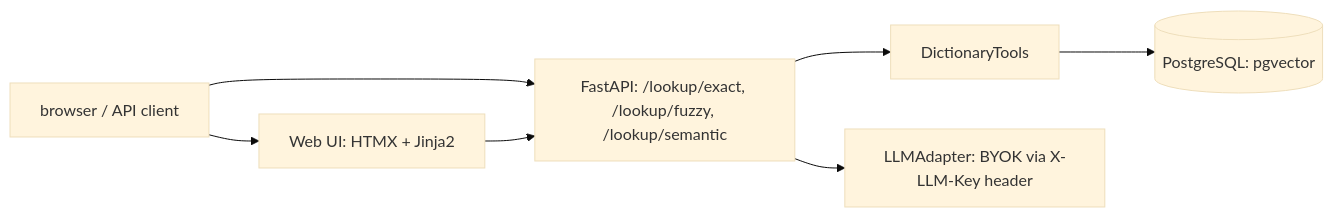
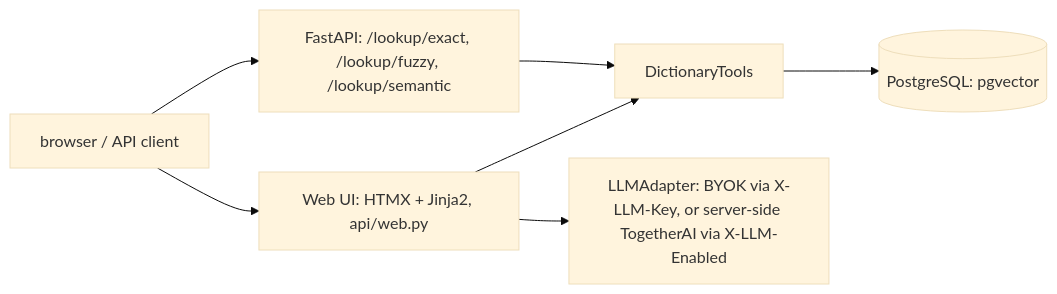
The third of 5 diagrams in docs/architecture.md (sachn1/linguaalayam), drawn with Mermaid (base theme) before and after one commit. The commit also changed other lines of this file and 7 other files, not shown here.

````diff
--- a/docs/architecture.md
+++ b/docs/architecture.md
@@ -54,9 +54,9 @@
 ```mermaid
 flowchart LR
     B[browser / API client] --> F[FastAPI: /lookup/exact, /lookup/fuzzy, /lookup/semantic]
-    B --> W[Web UI: HTMX + Jinja2]
-    F --> DT[DictionaryTools]
-    W --> F
+    B --> W[Web UI: HTMX + Jinja2, api/web.py]
+    W --> DT[DictionaryTools]
+    F --> DT
     DT --> DB[(PostgreSQL: pgvector)]
-    F --> L[LLMAdapter: BYOK via X-LLM-Key header]
+    W --> L[LLMAdapter: BYOK via X-LLM-Key, or server-side TogetherAI via X-LLM-Enabled]
 ```
````
